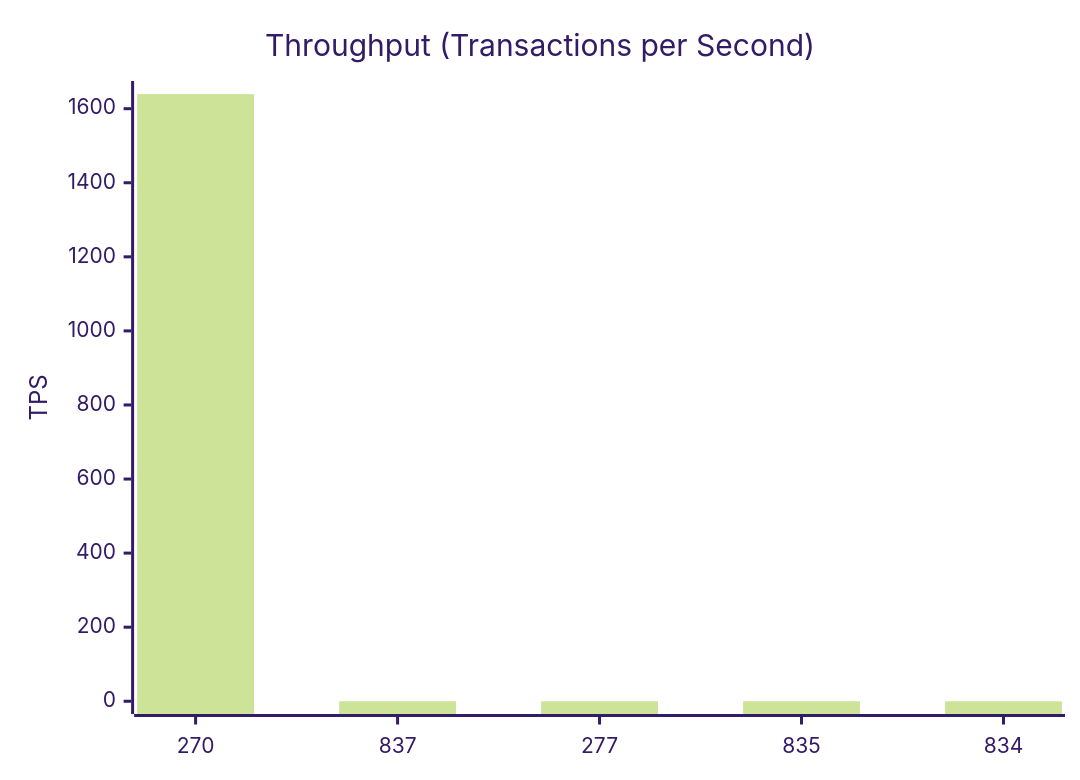
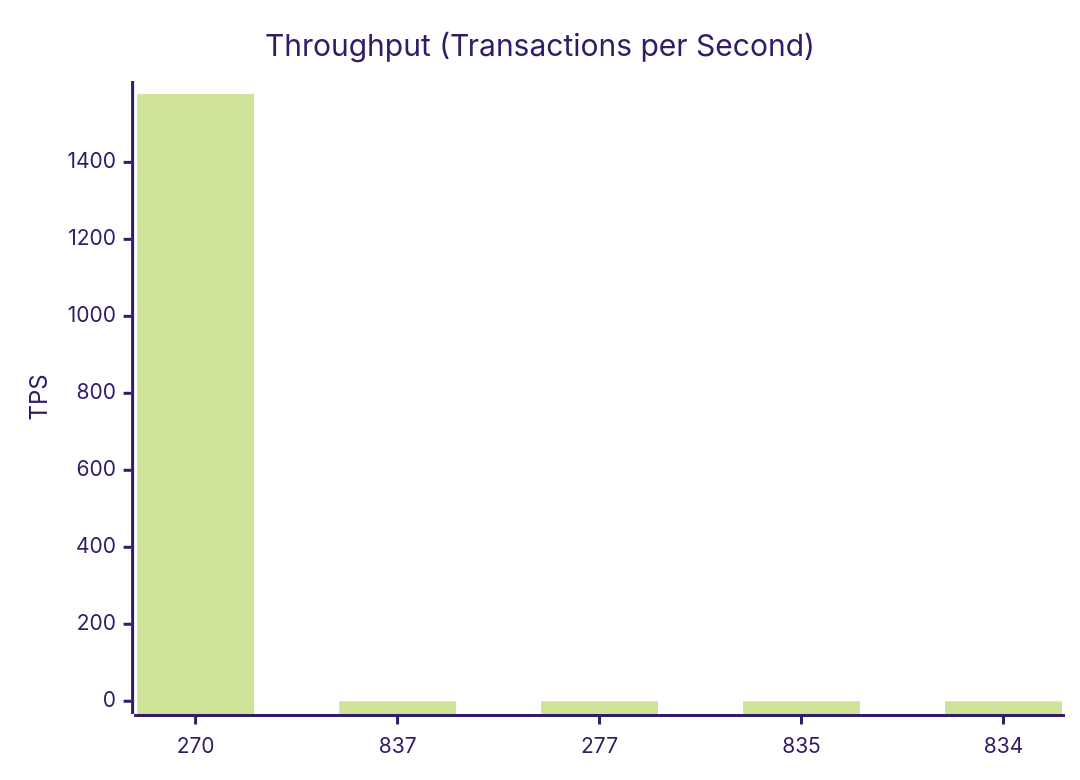
One commit to dhagan-va/intern-2025 changed the third of 11 diagrams in test-tools/DataGen/src/Statistics_Visualizer.md. Above: the diagram before and after it, drawn with Mermaid (forest theme). The commit also changed other lines of this file and 1 other file, not shown here.

````diff
--- a/test-tools/DataGen/src/Statistics_Visualizer.md
+++ b/test-tools/DataGen/src/Statistics_Visualizer.md
@@ -40,7 +40,7 @@
 ```mermaid
 xychart-beta
     title "Throughput (Transactions per Second)"
     x-axis ["270", "837", "277", "835", "834"]
-    y-axis "TPS" 0 --> 1640.3388874134837
-    bar [1639.3388874134837, 0.0, 0.0, 0.0, 0.0]
+    y-axis "TPS" 0 --> 1578.2870662460568
+    bar [1577.2870662460568, 0.0, 0.0, 0.0, 0.0]
 ```
````
